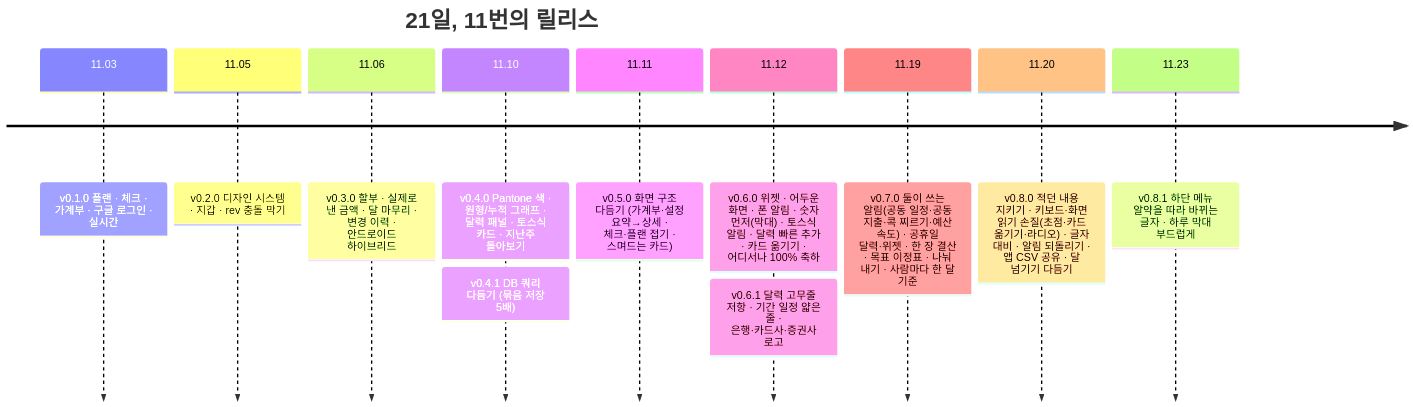
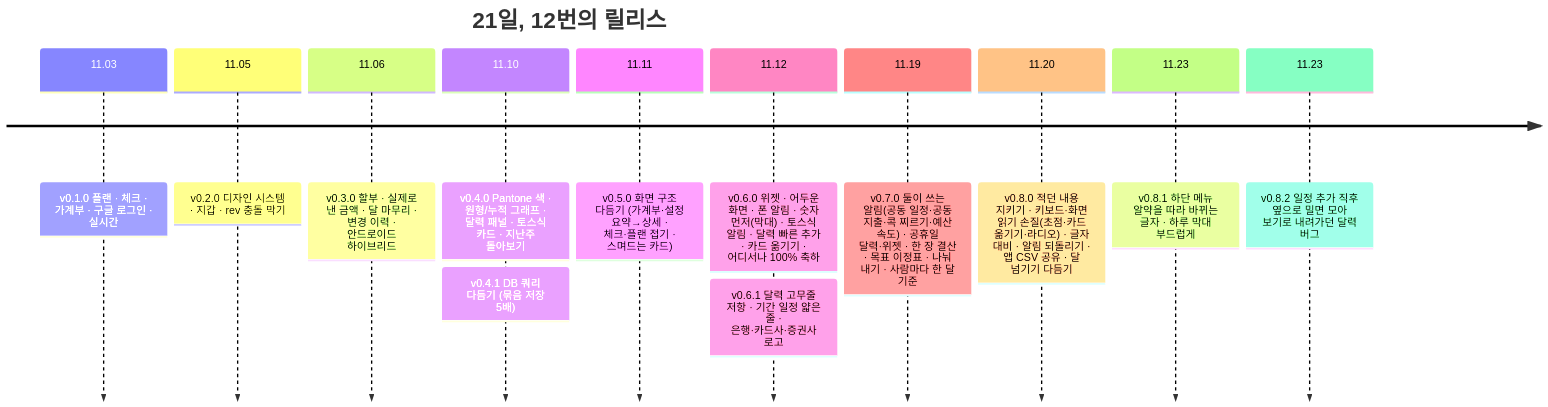
Before and after one commit to jojaden/our-money: the fifth of 5 diagrams in README.md, drawn with Mermaid. The commit also changed other lines of this file and 5 other files, not shown here.

````diff
--- a/README.md
+++ b/README.md
@@ -152,15 +152,16 @@
 ```mermaid
 timeline
-  title 21일, 11번의 릴리스
+  title 21일, 12번의 릴리스
   11.03 : v0.1.0 플랜 · 체크 · 가계부 · 구글 로그인 · 실시간
   11.05 : v0.2.0 디자인 시스템 · 지갑 · rev 충돌 막기
   11.06 : v0.3.0 할부 · 실제로 낸 금액 · 달 마무리 · 변경 이력 · 안드로이드 하이브리드
   11.10 : v0.4.0 Pantone 색 · 원형/누적 그래프 · 달력 패널 · 토스식 카드 · 지난주 돌아보기
         : v0.4.1 DB 쿼리 다듬기 (묶음 저장 5배)
   11.11 : v0.5.0 화면 구조 다듬기 (가계부·설정 요약→상세 · 체크·플랜 접기 · 스며드는 카드)
   11.12 : v0.6.0 위젯 · 어두운 화면 · 폰 알림 · 숫자 먼저(막대) · 토스식 알림 · 달력 빠른 추가 · 카드 옮기기 · 어디서나 100% 축하
         : v0.6.1 달력 고무줄 저항 · 기간 일정 얇은 줄 · 은행·카드사·증권사 로고
   11.19 : v0.7.0 둘이 쓰는 알림(공동 일정·공동 지출·콕 찌르기·예산 속도) · 공휴일 달력·위젯 · 한 장 결산 · 목표 이정표 · 나눠 내기 · 사람마다 한 달 기준
   11.20 : v0.8.0 적던 내용 지키기 · 키보드·화면 읽기 손질(초점·카드 옮기기·라디오) · 글자 대비 · 알림 되돌리기 · 앱 CSV 공유 · 달 넘기기 다듬기
   11.23 : v0.8.1 하단 메뉴 알약을 따라 바뀌는 글자 · 하루 막대 부드럽게
+  11.23 : v0.8.2 일정 추가 직후 옆으로 밀면 모아 보기로 내려가던 달력 버그
 ```
````
